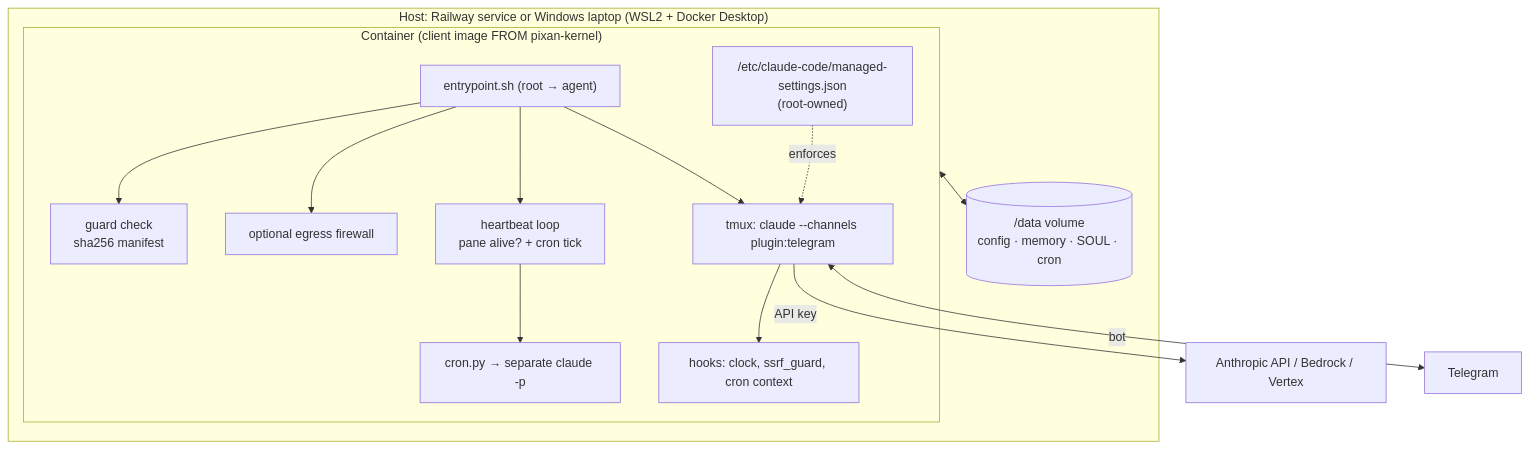
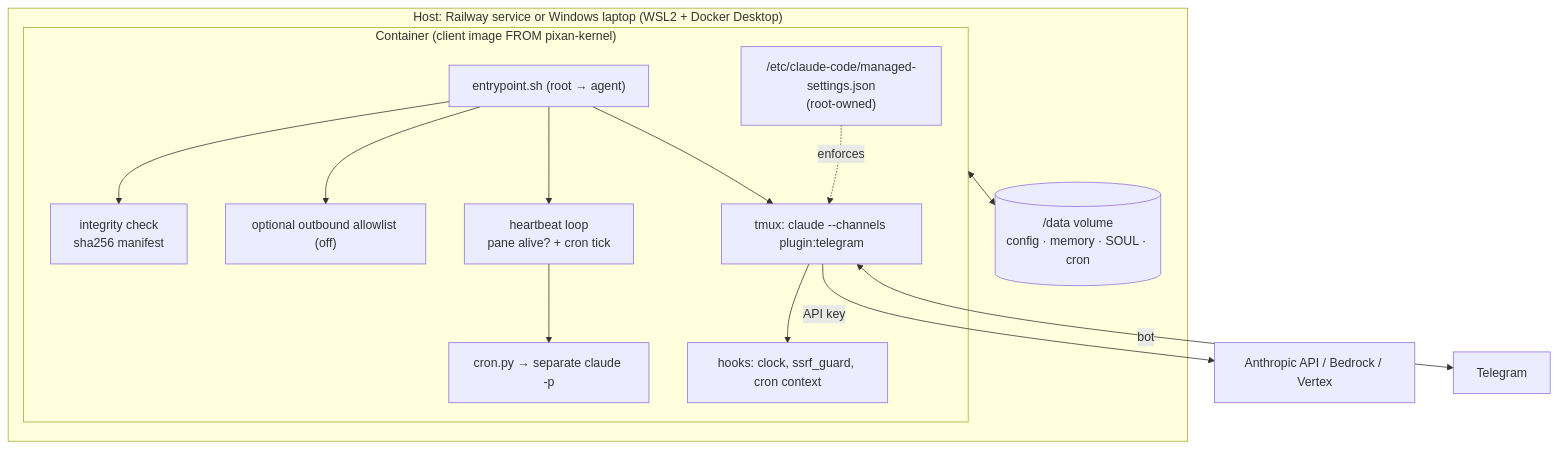
Before and after one commit to pixan-ai/pixan-kernel: the diagram in README.md, drawn with Mermaid. The commit also changed other lines of this file and 7 other files, not shown here.

````diff
--- a/README.md
+++ b/README.md
@@ -15,18 +15,18 @@
 ```mermaid
 flowchart TB
   subgraph Host["Host: Railway service or Windows laptop (WSL2 + Docker Desktop)"]
     subgraph C["Container (client image FROM pixan-kernel)"]
-      EP["entrypoint.sh (root → agent)"] --> G["guard check<br/>sha256 manifest"]
-      EP --> FW["optional egress firewall"]
+      EP["entrypoint.sh (root → agent)"] --> G["integrity check<br/>sha256 manifest"]
+      EP --> FW["optional outbound allowlist (off)"]
       EP --> T["tmux: claude --channels plugin:telegram"]
       EP --> HB["heartbeat loop<br/>pane alive? + cron tick"]
       HB --> CR["cron.py → separate claude -p"]
       T --> H["hooks: clock, ssrf_guard, cron context"]
       M["/etc/claude-code/managed-settings.json<br/>(root-owned)"] -.enforces.-> T
     end
     V[("/data volume<br/>config · memory · SOUL · cron")]
   end
   C <--> V
   T -->|API key| A["Anthropic API / Bedrock / Vertex"]
   T <-->|bot| TG["Telegram"]
 ```
````
